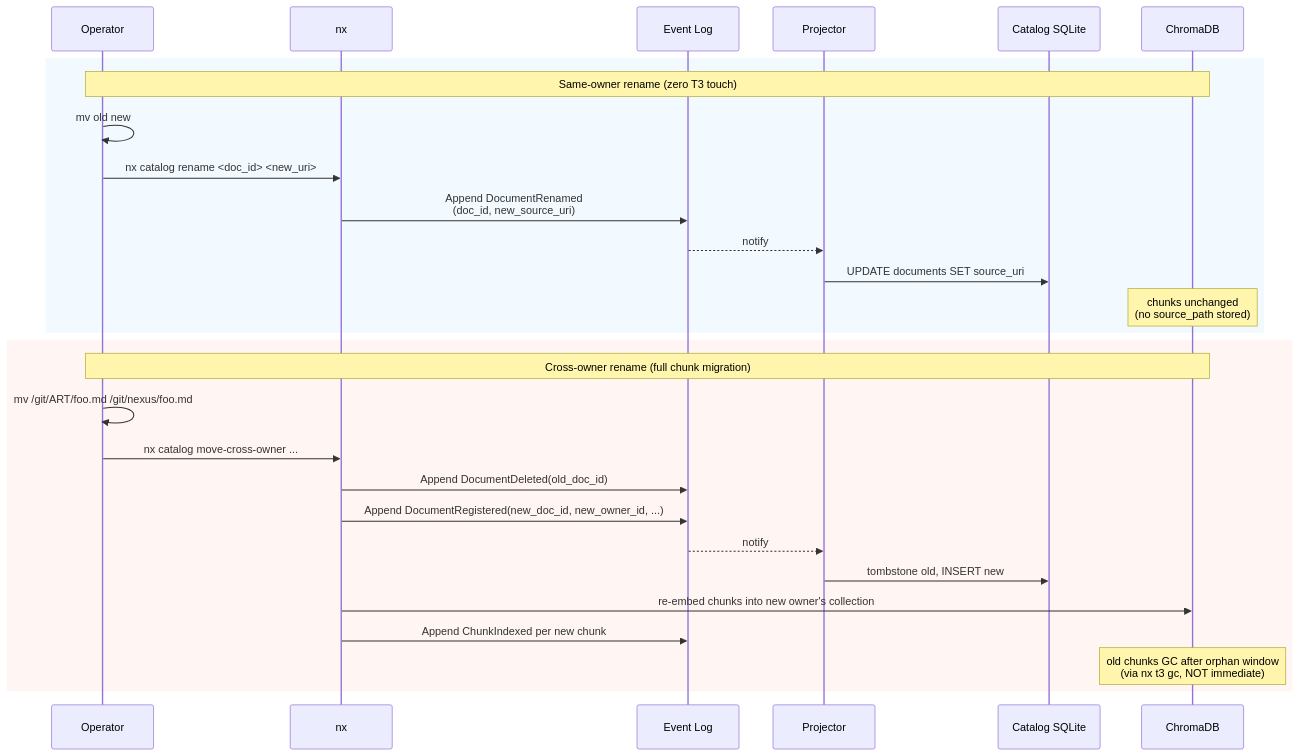
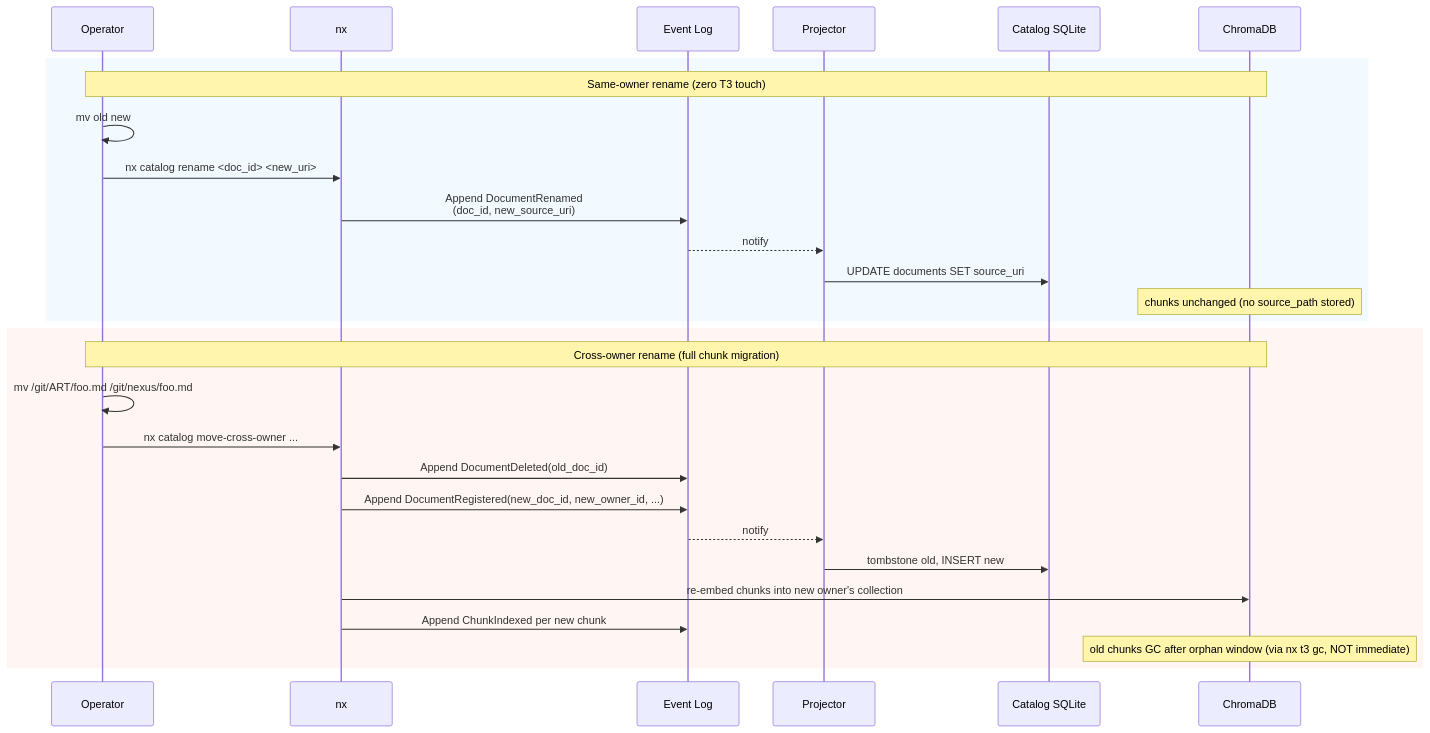
Before and after one commit to Hellblazer/nexus: the fifth of 7 diagrams in docs/rdr/rdr-101-catalog-t3-metadata-design.md, drawn with Mermaid. The commit also changed other lines of this file, not shown here.

First line of the commit message:
rdr(101): fix mermaid parse error in Doctor sequence diagram + defang risky chars in all notes

````diff
--- a/docs/rdr/rdr-101-catalog-t3-metadata-design.md
+++ b/docs/rdr/rdr-101-catalog-t3-metadata-design.md
@@ -369,32 +369,32 @@
 ```mermaid
 sequenceDiagram
     participant Op as Operator
     participant CLI as nx
     participant Log as Event Log
     participant Proj as Projector
     participant SQL as Catalog SQLite
     participant T3 as ChromaDB
 
     rect rgba(180, 220, 255, 0.18)
     Note over Op,T3: Same-owner rename (zero T3 touch)
     Op->>Op: mv old new
     Op->>CLI: nx catalog rename <doc_id> <new_uri>
     CLI->>Log: Append DocumentRenamed<br/>(doc_id, new_source_uri)
     Log-->>Proj: notify
     Proj->>SQL: UPDATE documents SET source_uri
-    Note over T3: chunks unchanged<br/>(no source_path stored)
+    Note over T3: chunks unchanged (no source_path stored)
     end
 
     rect rgba(255, 200, 180, 0.18)
     Note over Op,T3: Cross-owner rename (full chunk migration)
     Op->>Op: mv /git/ART/foo.md /git/nexus/foo.md
     Op->>CLI: nx catalog move-cross-owner ...
     CLI->>Log: Append DocumentDeleted(old_doc_id)
     CLI->>Log: Append DocumentRegistered(new_doc_id, new_owner_id, ...)
     Log-->>Proj: notify
     Proj->>SQL: tombstone old, INSERT new
     CLI->>T3: re-embed chunks into new owner's collection
     CLI->>Log: Append ChunkIndexed per new chunk
-    Note over T3: old chunks GC after orphan window<br/>(via nx t3 gc, NOT immediate)
+    Note over T3: old chunks GC after orphan window (via nx t3 gc, NOT immediate)
     end
 ```
````
